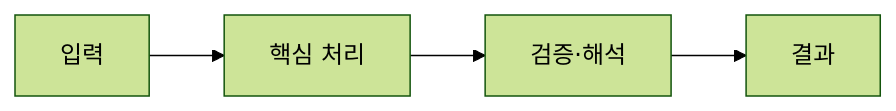
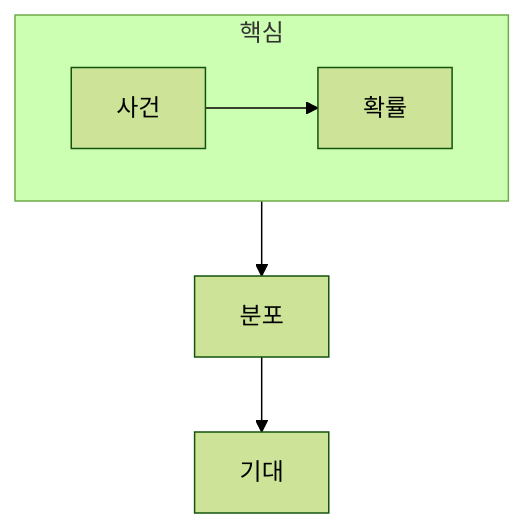
Before and after one commit to umyunsang/edu: the diagram in ComputerScience/03_ai-ml-data/big-data-analysis/notes/05. 데이터 통계 기초.md, drawn with Mermaid (forest theme). The commit also changed other lines of this file and 9 other files, not shown here.

````diff
--- a/ComputerScience/03_ai-ml-data/big-data-analysis/notes/05. 데이터 통계 기초.md
+++ b/ComputerScience/03_ai-ml-data/big-data-analysis/notes/05. 데이터 통계 기초.md
@@ -34,6 +21,9 @@
 ```mermaid
-flowchart LR
-    A["입력"] --> B["핵심 처리"]
-    B --> C["검증·해석"]
-    C --> D["결과"]
+flowchart TB
+    subgraph Core[핵심]
+        direction LR
+        A[사건] --> B[확률]
+    end
+    B --> C[분포]
+    C --> D[기대]
 ```
````
